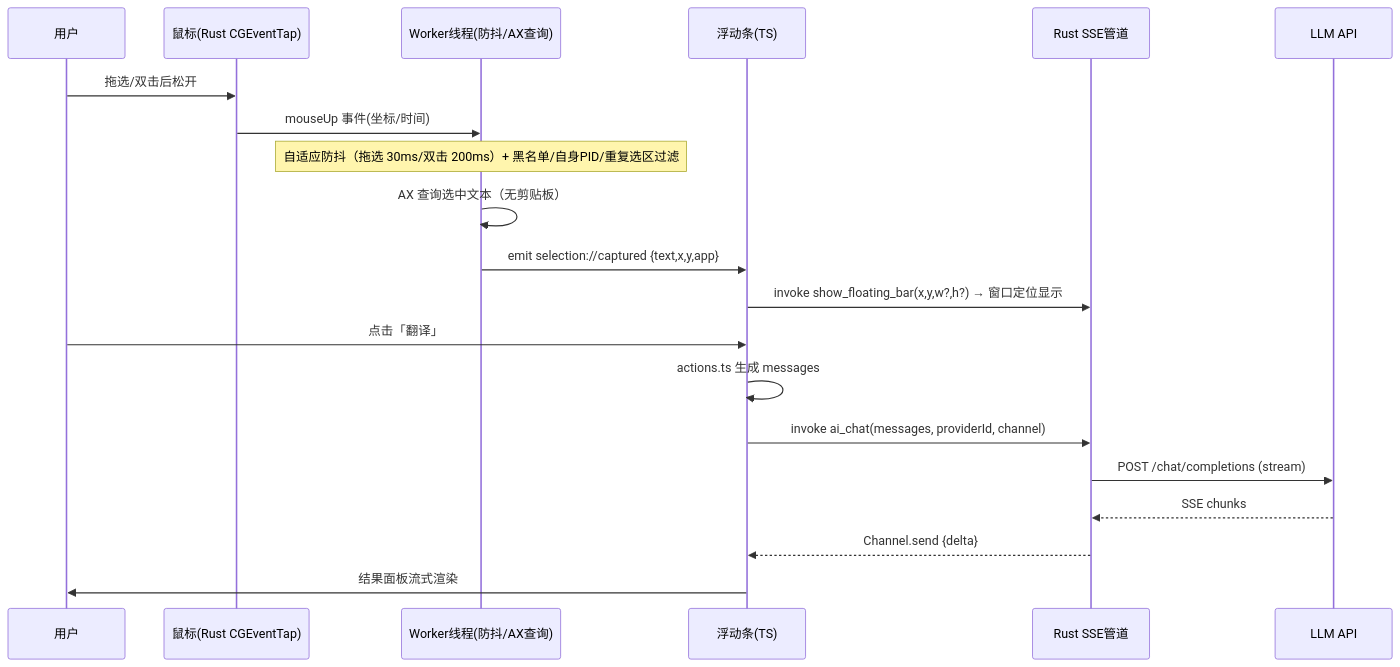
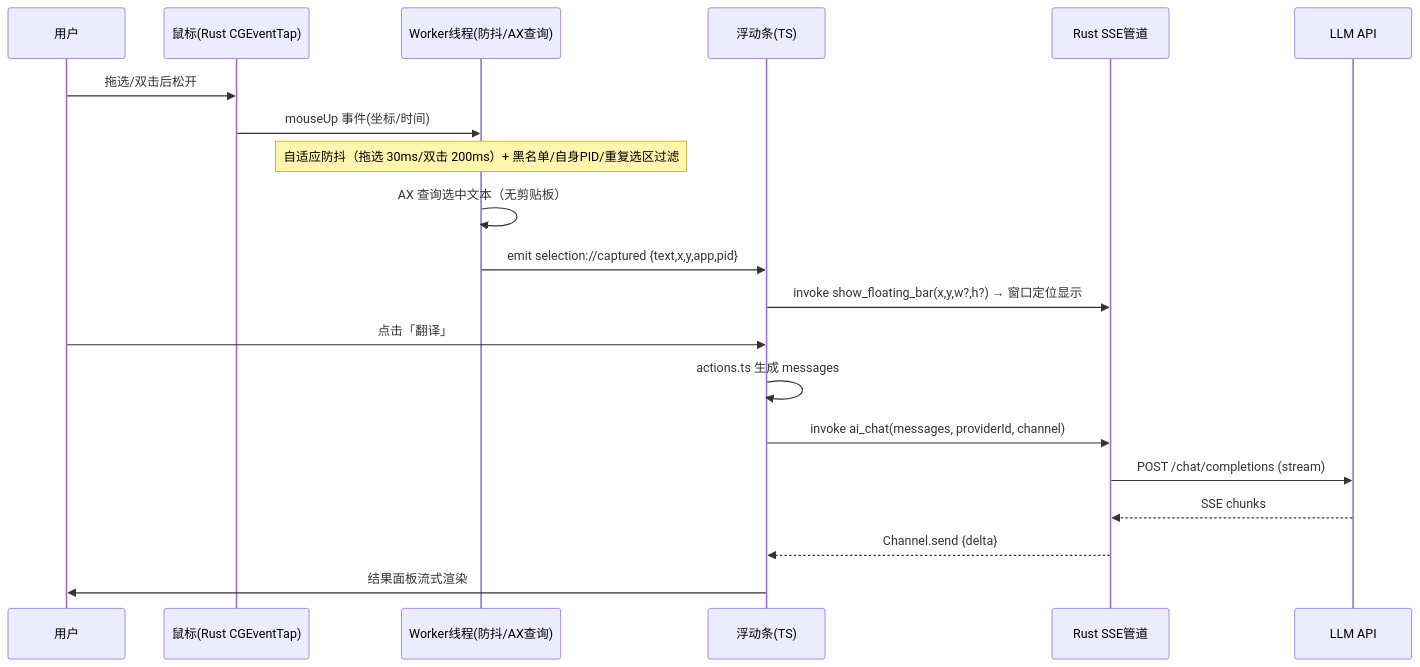
Before and after one commit to demo007x/Magpie: the second of 2 diagrams in docs/02-架构设计.md, drawn with Mermaid. The commit also changed other lines of this file and 58 other files, not shown here.

````diff
--- a/docs/02-架构设计.md
+++ b/docs/02-架构设计.md
@@ -50,23 +50,23 @@
 ```mermaid
 sequenceDiagram
     participant U as 用户
     participant M as 鼠标(Rust CGEventTap)
     participant W as Worker线程(防抖/AX查询)
     participant F as 浮动条(TS)
     participant P as Rust SSE管道
     participant L as LLM API
 
     U->>M: 拖选/双击后松开
     M->>W: mouseUp 事件(坐标/时间)
     Note over W: 自适应防抖（拖选 30ms/双击 200ms）+ 黑名单/自身PID/重复选区过滤
     W->>W: AX 查询选中文本（无剪贴板）
-    W->>F: emit selection://captured {text,x,y,app}
+    W->>F: emit selection://captured {text,x,y,app,pid}
     F->>P: invoke show_floating_bar(x,y,w?,h?) → 窗口定位显示
     U->>F: 点击「翻译」
     F->>F: actions.ts 生成 messages
     F->>P: invoke ai_chat(messages, providerId, channel)
     P->>L: POST /chat/completions (stream)
     L-->>P: SSE chunks
     P-->>F: Channel.send {delta}
     F->>U: 结果面板流式渲染
 ```
````
